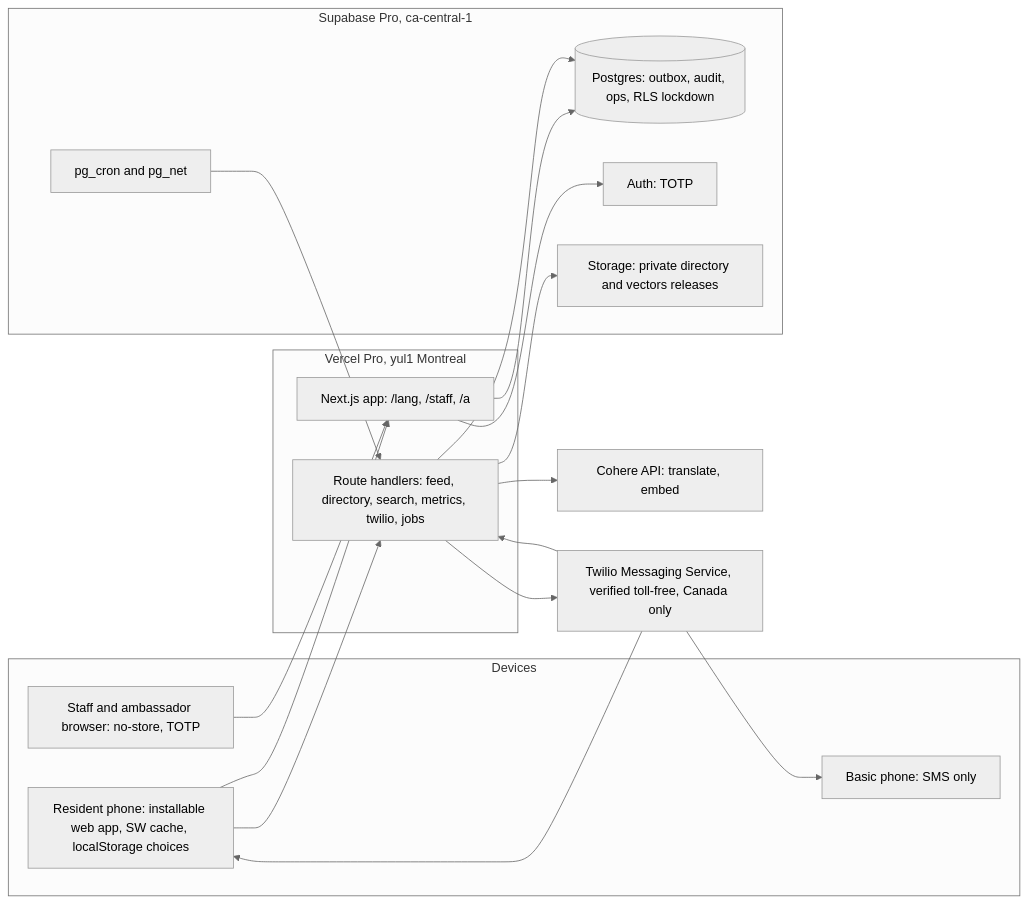
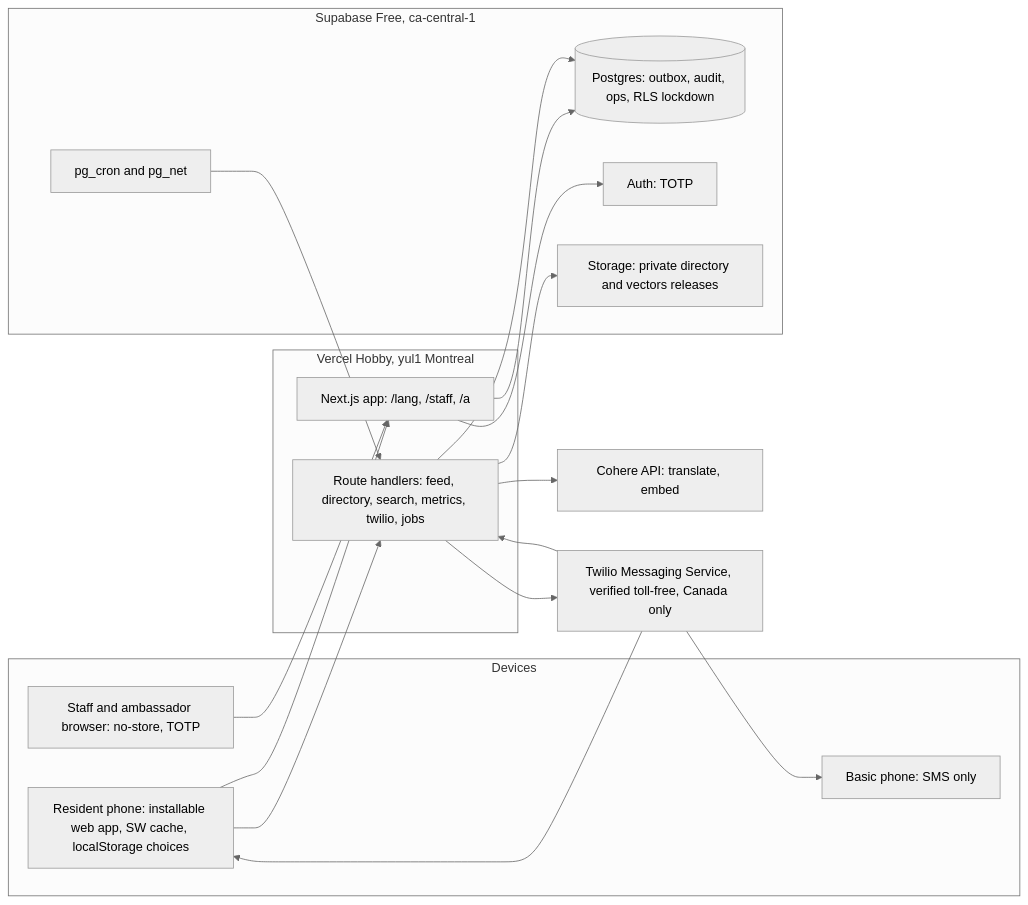
The fourth of 4 diagrams in docs/architecture/ARCHITECTURE-SPINE.md (Climate-Resilient-Communities/thorncliffe-flemingdon-park-cvh-pilot), drawn with Mermaid (neutral theme) before and after one commit. The commit also changed other lines of this file and 3 other files, not shown here.

First line of the commit message:
docs: run the pilot on one free Supabase project

````diff
--- a/docs/architecture/ARCHITECTURE-SPINE.md
+++ b/docs/architecture/ARCHITECTURE-SPINE.md
@@ -403,33 +403,33 @@
 ```mermaid
 flowchart LR
   subgraph Devices
     R["Resident phone: installable web app, SW cache, localStorage choices"]
     S["Staff and ambassador browser: no-store, TOTP"]
     P["Basic phone: SMS only"]
   end
-  subgraph Vercel["Vercel Pro, yul1 Montreal"]
+  subgraph Vercel["Vercel Hobby, yul1 Montreal"]
     W["Next.js app: /lang, /staff, /a"]
     API["Route handlers: feed, directory, search, metrics, twilio, jobs"]
   end
-  subgraph Supabase["Supabase Pro, ca-central-1"]
+  subgraph Supabase["Supabase Free, ca-central-1"]
     PG[("Postgres: outbox, audit, ops, RLS lockdown")]
     AU["Auth: TOTP"]
     ST["Storage: private directory and vectors releases"]
     CR["pg_cron and pg_net"]
   end
   TW["Twilio Messaging Service, verified toll-free, Canada only"]
   CO["Cohere API: translate, embed"]
   R --> W
   R --> API
   S --> W
   W --> AU
   W --> PG
   API --> PG
   API --> ST
   API --> CO
   API --> TW
   TW --> API
   TW --> P
   TW --> R
   CR --> API
 ```
````
